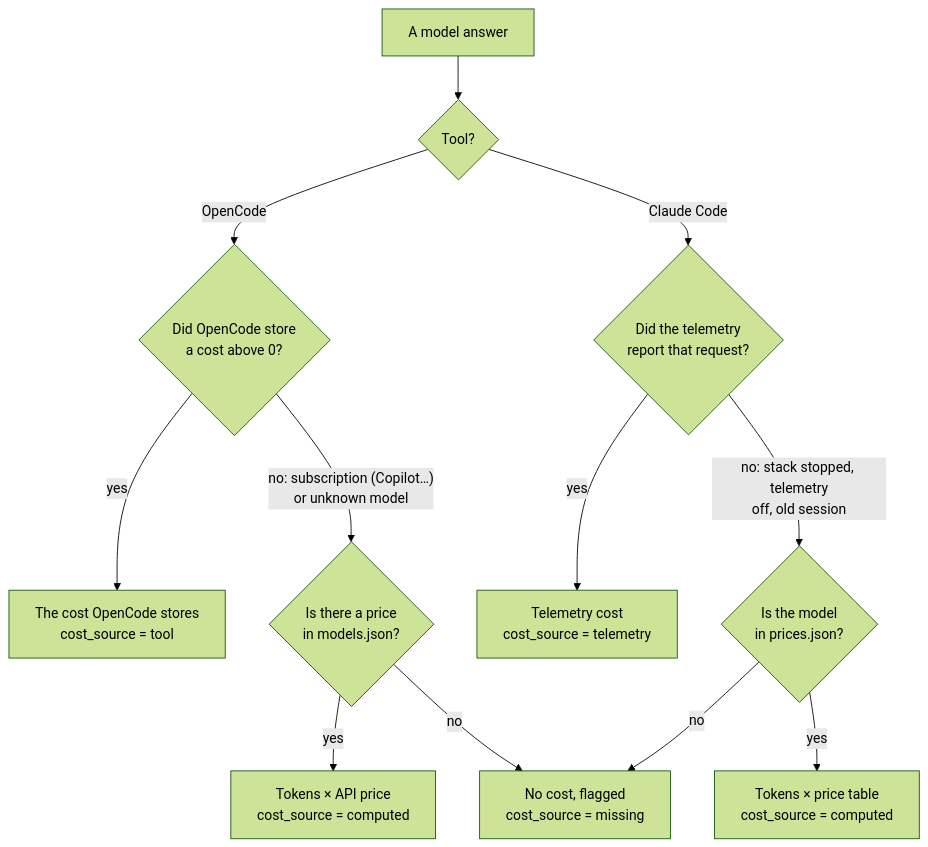
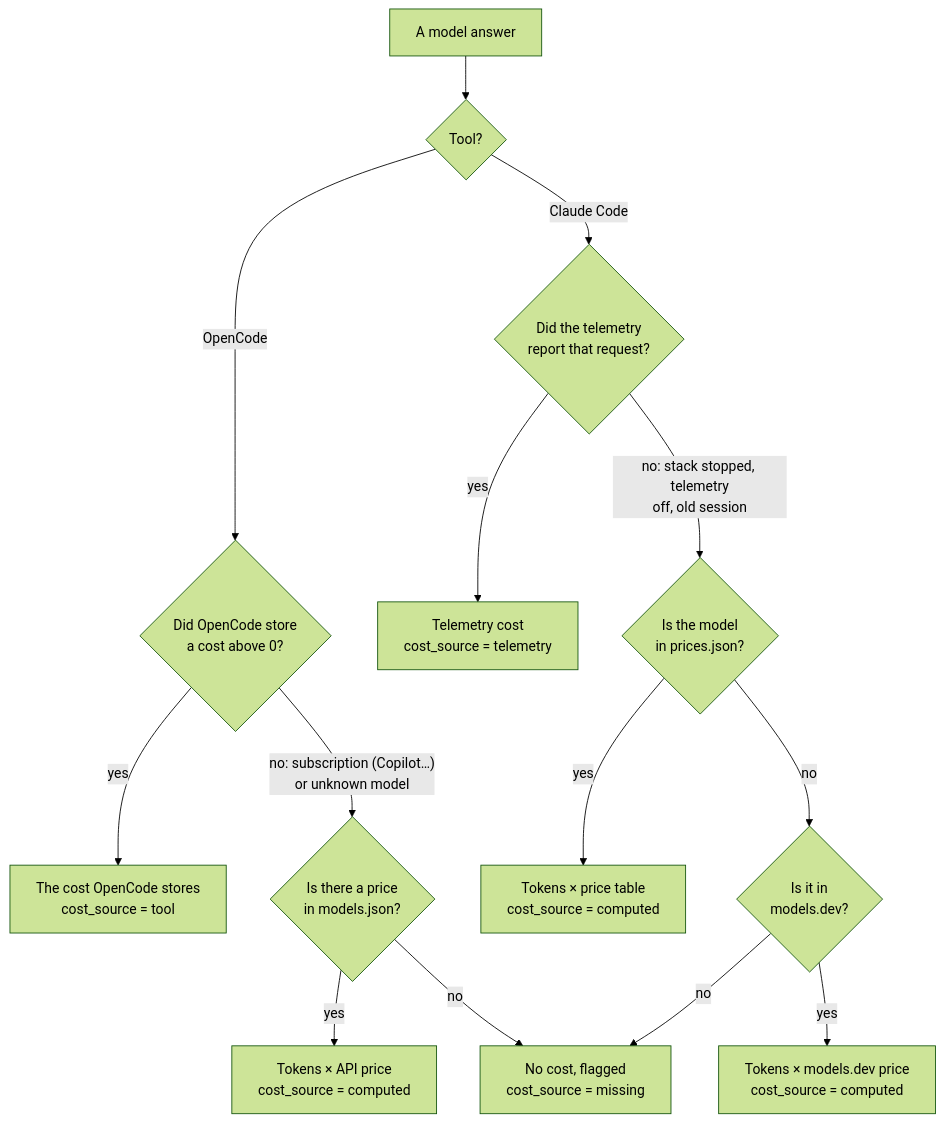
The third of 4 diagrams in README.en.md (oscarabal/IA-metrics), drawn with Mermaid (forest theme) before and after one commit. The commit also changed other lines of this file and 41 other files, not shown here.

````diff
--- a/README.en.md
+++ b/README.en.md
@@ -119,14 +127,16 @@
 ```mermaid
 flowchart TD
     M["A model answer"] --> T{"Tool?"}
     T -- OpenCode --> OS{"Did OpenCode store<br/>a cost above 0?"}
     OS -- yes --> O["The cost OpenCode stores<br/>cost_source = tool"]
     OS -- "no: subscription (Copilot…)<br/>or unknown model" --> OP{"Is there a price<br/>in models.json?"}
     OP -- yes --> OC2["Tokens × API price<br/>cost_source = computed"]
     OP -- no --> CM
     T -- "Claude Code" --> TEL{"Did the telemetry<br/>report that request?"}
     TEL -- yes --> CT["Telemetry cost<br/>cost_source = telemetry"]
     TEL -- "no: stack stopped, telemetry<br/>off, old session" --> P{"Is the model<br/>in prices.json?"}
     P -- yes --> CP["Tokens × price table<br/>cost_source = computed"]
-    P -- no --> CM["No cost, flagged<br/>cost_source = missing"]
+    P -- no --> PD{"Is it in<br/>models.dev?"}
+    PD -- yes --> CD["Tokens × models.dev price<br/>cost_source = computed"]
+    PD -- no --> CM["No cost, flagged<br/>cost_source = missing"]
 ```
````
